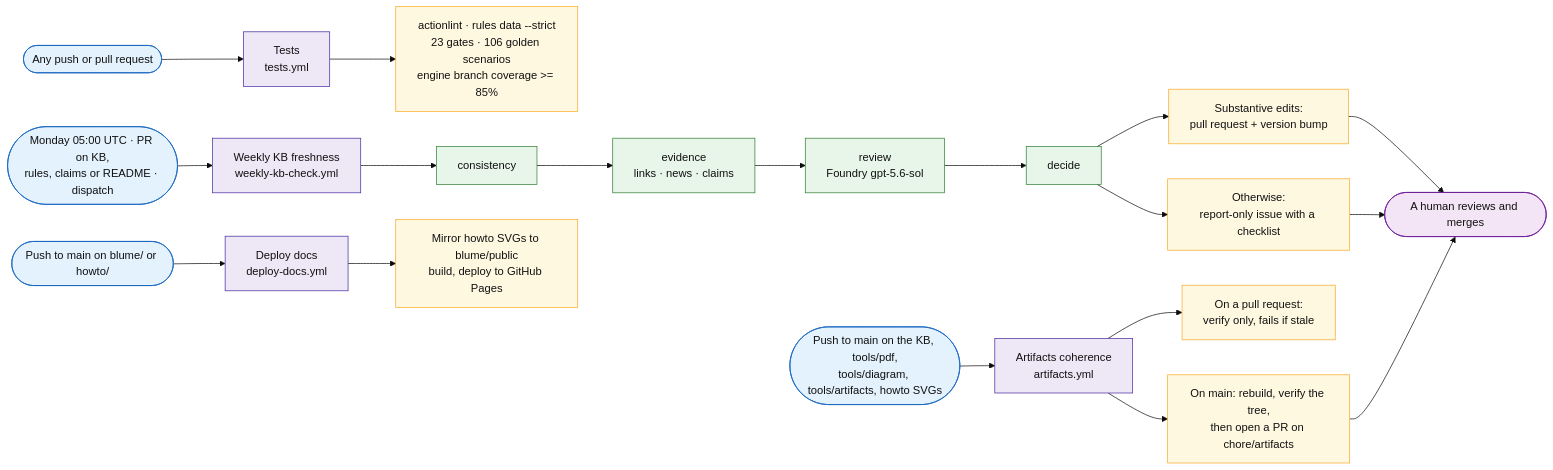
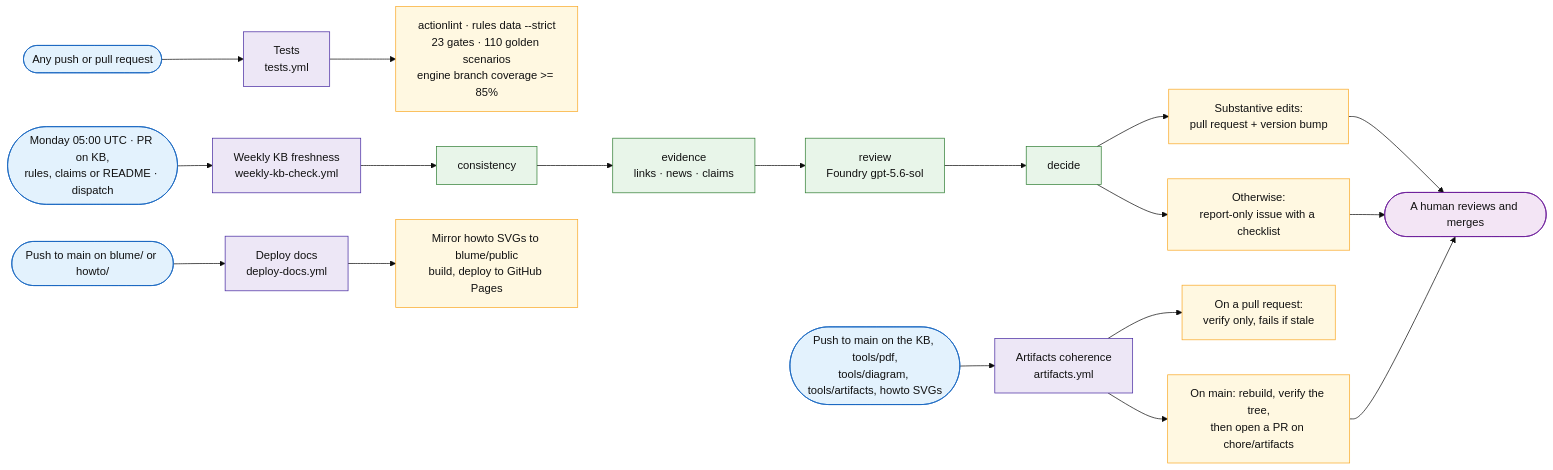
Before and after one commit to fredgis/sql-migration-advisor: the sixth of 6 diagrams in docs/sql-migration-advisor-developer-pitch.md, drawn with Mermaid (base theme). The commit also changed other lines of this file and 9 other files, not shown here.

````diff
--- a/docs/sql-migration-advisor-developer-pitch.md
+++ b/docs/sql-migration-advisor-developer-pitch.md
@@ -985,33 +985,33 @@
 ```mermaid
 flowchart LR
     G1([Any push or pull request]) --> W1[Tests<br/>tests.yml]
     G2([Monday 05:00 UTC · PR on KB,<br/>rules, claims or README · dispatch]) --> W2[Weekly KB freshness<br/>weekly-kb-check.yml]
     G3([Push to main on the KB, tools/pdf,<br/>tools/diagram, tools/artifacts, howto SVGs]) --> W3[Artifacts coherence<br/>artifacts.yml]
     G4([Push to main on blume/ or howto/]) --> W4[Deploy docs<br/>deploy-docs.yml]
 
-    W1 --> O1[actionlint · rules data --strict<br/>23 gates · 106 golden scenarios<br/>engine branch coverage >= 85%]
+    W1 --> O1[actionlint · rules data --strict<br/>23 gates · 110 golden scenarios<br/>engine branch coverage >= 85%]
 
     W2 --> C1[consistency] --> C2[evidence<br/>links · news · claims] --> C3[review<br/>Foundry gpt-5.6-sol] --> C4[decide]
     C4 --> O2a[Substantive edits:<br/>pull request + version bump]
     C4 --> O2b[Otherwise:<br/>report-only issue with a checklist]
 
     W3 --> O3a[On a pull request:<br/>verify only, fails if stale]
     W3 --> O3b[On main: rebuild, verify the tree,<br/>then open a PR on chore/artifacts]
 
     W4 --> O4[Mirror howto SVGs to blume/public<br/>build, deploy to GitHub Pages]
 
     O2a --> H([A human reviews and merges])
     O2b --> H
     O3b --> H
 
     classDef trig fill:#e3f2fd,stroke:#1565c0,color:#111
     classDef flow fill:#ede7f6,stroke:#4527a0,color:#111
     classDef step fill:#e8f5e9,stroke:#2e7d32,color:#111
     classDef out fill:#fff8e1,stroke:#f9a825,color:#111
     classDef human fill:#f3e5f5,stroke:#6a1b9a,color:#111
     class G1,G2,G3,G4 trig
     class W1,W2,W3,W4 flow
     class C1,C2,C3,C4 step
     class O1,O2a,O2b,O3a,O3b,O4 out
     class H human
 ```
````
